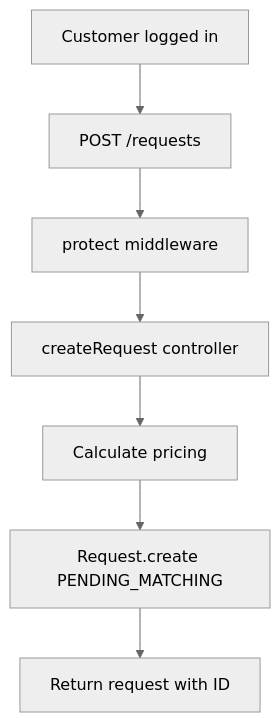
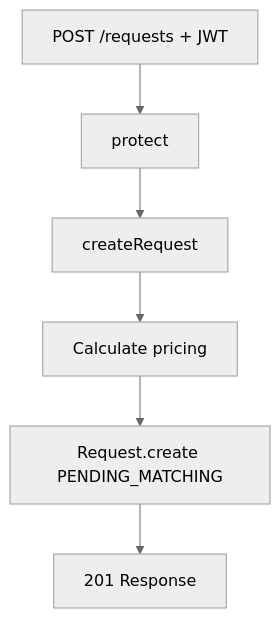
One commit to mohamedmadyan56/San3a-Fullstack changed the sixth of 15 diagrams in san3a-project/backend/SAN3A_BACKEND_DOCUMENTATION.md. Above: the diagram before and after it, drawn with Mermaid (neutral theme). The commit also changed other lines of this file, not shown here.

````diff
--- a/san3a-project/backend/SAN3A_BACKEND_DOCUMENTATION.md
+++ b/san3a-project/backend/SAN3A_BACKEND_DOCUMENTATION.md
@@ -1247,9 +867,7 @@
 ```mermaid
 flowchart TD
-    A[Customer logged in] --> B[POST /requests]
-    B --> C[protect middleware]
-    C --> D[createRequest controller]
-    D --> E[Calculate pricing]
-    E --> F[Request.create PENDING_MATCHING]
-    F --> G[Return request with ID]
+    A[POST /requests + JWT] --> B[protect] --> C[createRequest]
+    C --> D[Calculate pricing]
+    D --> E[Request.create PENDING_MATCHING]
+    E --> F[201 Response]
 ```
````
